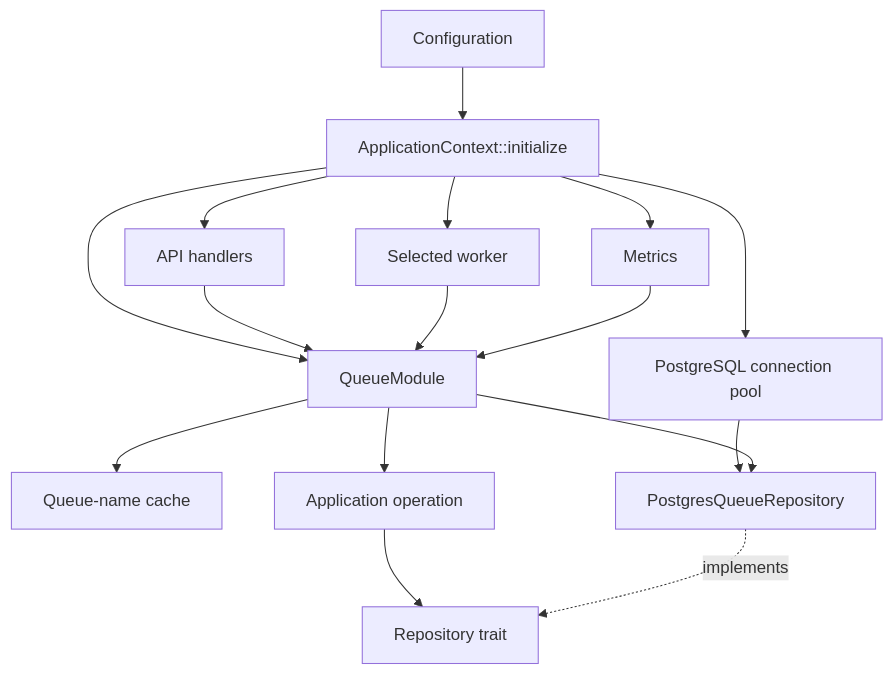
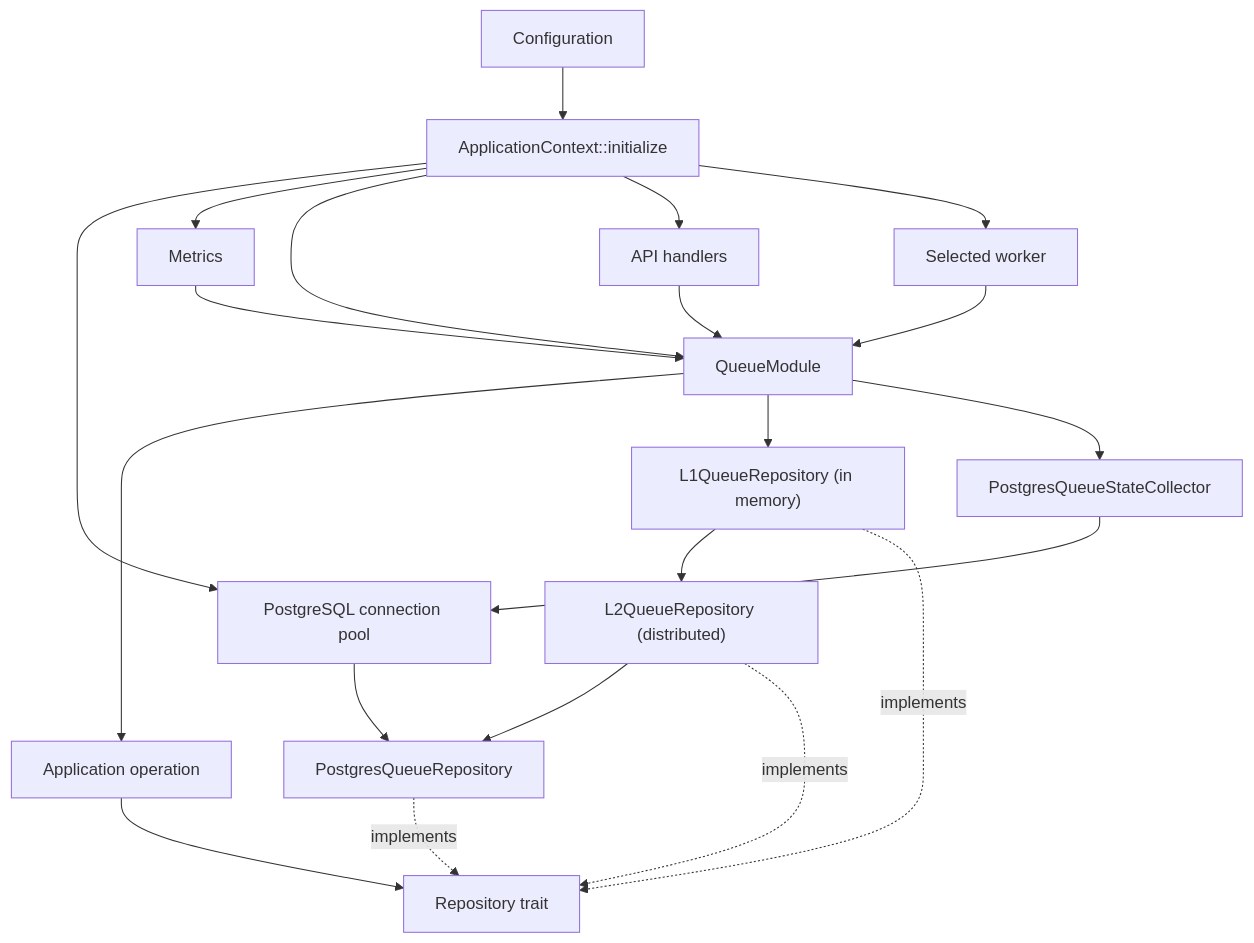
One commit to karanbalani/retsu changed the diagram in docs/codebase-guide.md. Above: the diagram before and after it, drawn with Mermaid. The commit also changed other lines of this file and 55 other files, not shown here.

Commit message:
feat: distributed cache and update queue api

````diff
--- a/docs/codebase-guide.md
+++ b/docs/codebase-guide.md
@@ -36,18 +36,23 @@
 ```mermaid
 flowchart TD
     Config["Configuration"] --> Context["ApplicationContext::initialize"]
     Context --> Pool["PostgreSQL connection pool"]
     Context --> Metrics["Metrics"]
     Context --> Queue["QueueModule"]
-    Queue --> Cache["Queue-name cache"]
     Context --> API["API handlers"]
     Context --> Worker["Selected worker"]
     API --> Queue
     Worker --> Queue
     Queue --> Operation["Application operation"]
     Pool --> Postgres["PostgresQueueRepository"]
     Metrics --> Queue
-    Queue --> Postgres
+    Queue --> L1["L1QueueRepository (in memory)"]
+    L1 --> L2["L2QueueRepository (distributed)"]
+    L2 --> Postgres
+    Queue --> StateCollector["PostgresQueueStateCollector"]
+    StateCollector --> Pool
     Operation --> Contract["Repository trait"]
+    L1 -. "implements" .-> Contract
+    L2 -. "implements" .-> Contract
     Postgres -. "implements" .-> Contract
 ```
````
